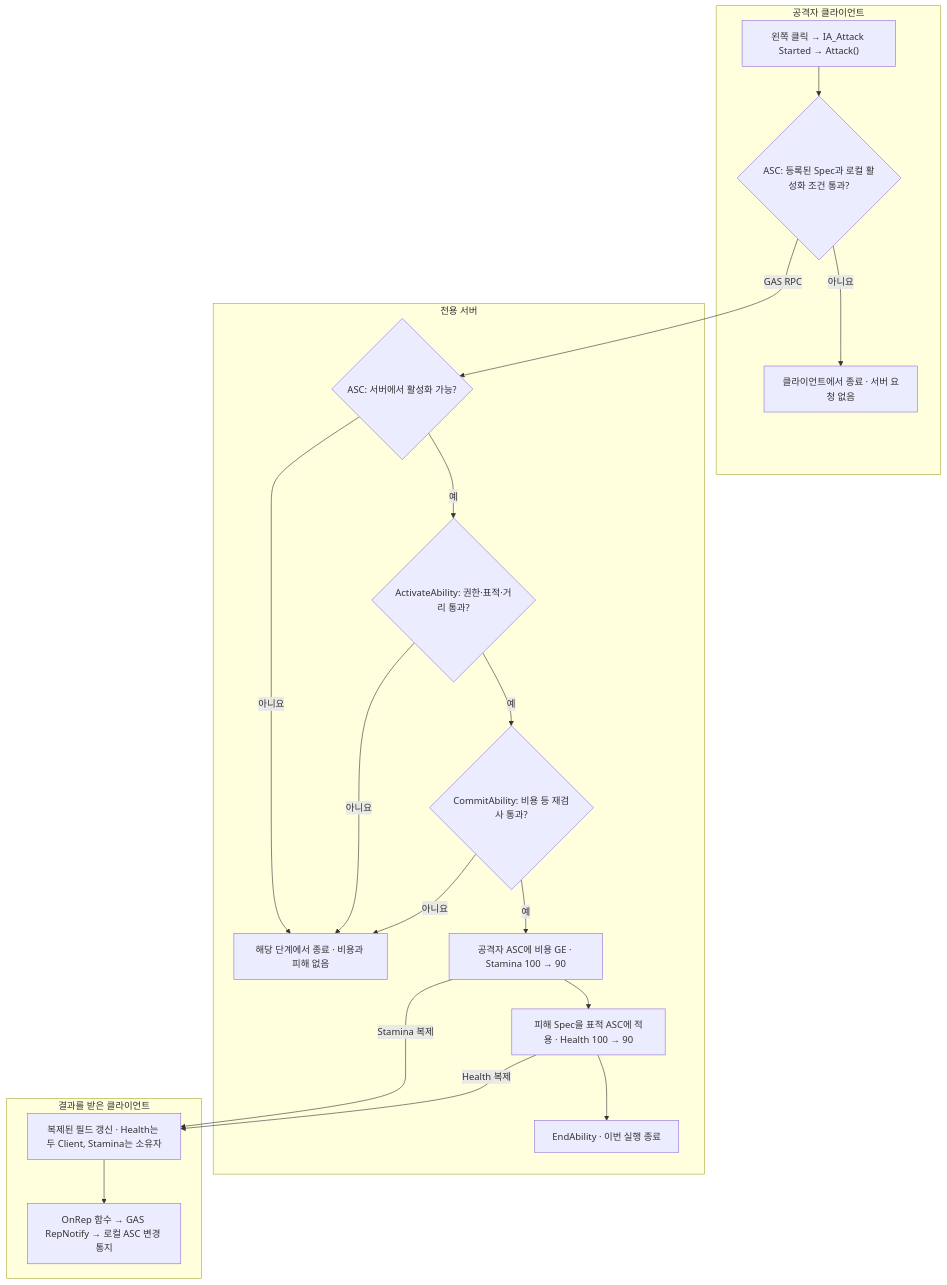
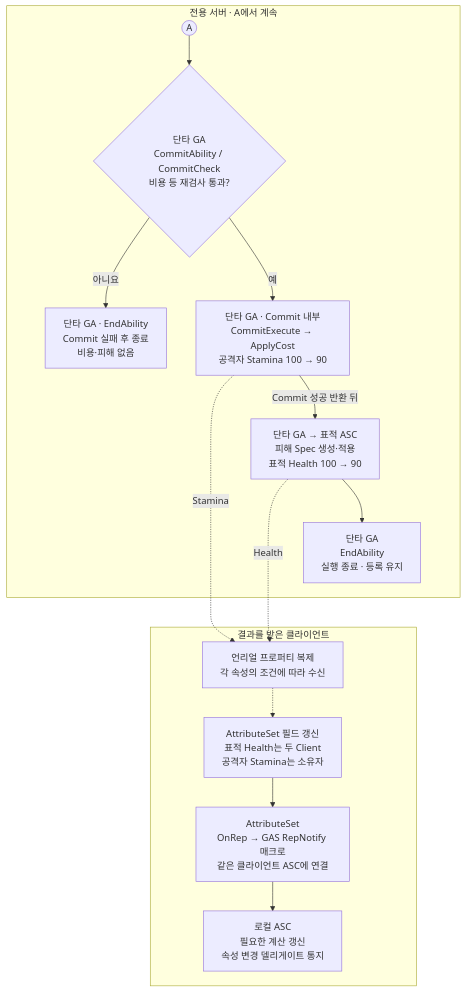
Before and after one commit to Razria93/CoopRPG: the second of 2 diagrams in Docs/Learning/GASMeleeAttack.md, drawn with Mermaid. The commit also changed other lines of this file, not shown here.

Commit message:
docs: GAS 단타 학습 문서의 흐름과 검증 근거 보완

````diff
--- a/Docs/Learning/GASMeleeAttack.md
+++ b/Docs/Learning/GASMeleeAttack.md
@@ -14,35 +69,27 @@
 ```mermaid
 flowchart TD
-    subgraph Client["공격자 클라이언트"]
-        Input["왼쪽 클릭 → IA_Attack Started → Attack()"]
-        Local{"ASC: 등록된 Spec과 로컬 활성화 조건 통과?"}
-        LocalStop["클라이언트에서 종료 · 서버 요청 없음"]
-        Input --> Local
-        Local -->|아니요| LocalStop
+    subgraph Server["전용 서버 · A에서 계속"]
+        Continue(("A"))
+        Commit{"단타 GA<br/>CommitAbility / CommitCheck<br/>비용 등 재검사 통과?"}
+        CommitStop["단타 GA · EndAbility<br/>Commit 실패 후 종료<br/>비용·피해 없음"]
+        Cost["단타 GA · Commit 내부<br/>CommitExecute → ApplyCost<br/>공격자 Stamina 100 → 90"]
+        Damage["단타 GA → 표적 ASC<br/>피해 Spec 생성·적용<br/>표적 Health 100 → 90"]
+        Finish["단타 GA<br/>EndAbility<br/>실행 종료 · 등록 유지"]
+        Continue --> Commit
+        Commit -->|아니요| CommitStop
+        Commit -->|예| Cost
+        Cost -->|Commit 성공 반환 뒤| Damage
+        Damage --> Finish
     end
-    subgraph Server["전용 서버"]
-        Can{"ASC: 서버에서 활성화 가능?"}
-        Check{"ActivateAbility: 권한·표적·거리 통과?"}
-        Commit{"CommitAbility: 비용 등 재검사 통과?"}
-        Stop["해당 단계에서 종료 · 비용과 피해 없음"]
-        Cost["공격자 ASC에 비용 GE · Stamina 100 → 90"]
-        Damage["피해 Spec을 표적 ASC에 적용 · Health 100 → 90"]
-        End["EndAbility · 이번 실행 종료"]
-        Can -->|예| Check
-        Check -->|예| Commit
-        Commit -->|예| Cost
-        Cost --> Damage
-        Damage --> End
-        Can -->|아니요| Stop
-        Check -->|아니요| Stop
-        Commit -->|아니요| Stop
+    subgraph Clients["결과를 받은 클라이언트"]
+        Replication["언리얼 프로퍼티 복제<br/>각 속성의 조건에 따라 수신"]
+        Props["AttributeSet 필드 갱신<br/>표적 Health는 두 Client<br/>공격자 Stamina는 소유자"]
+        OnRep["AttributeSet<br/>OnRep → GAS RepNotify 매크로<br/>같은 클라이언트 ASC에 연결"]
+        Notify["로컬 ASC<br/>필요한 계산 갱신<br/>속성 변경 델리게이트 통지"]
+        Props --> OnRep --> Notify
     end
-    subgraph Replication["결과를 받은 클라이언트"]
-        Props["복제된 필드 갱신 · Health는 두 Client, Stamina는 소유자"]
-        Notify["OnRep 함수 → GAS RepNotify → 로컬 ASC 변경 통지"]
-        Props --> Notify
-    end
-    Local -->|GAS RPC| Can
-    Cost -->|Stamina 복제| Props
-    Damage -->|Health 복제| Props
+    Cost -. Stamina .-> Replication
+    Damage -. Health .-> Replication
+    Replication -.-> Props
+    Finish ~~~ Replication
 ```
````
